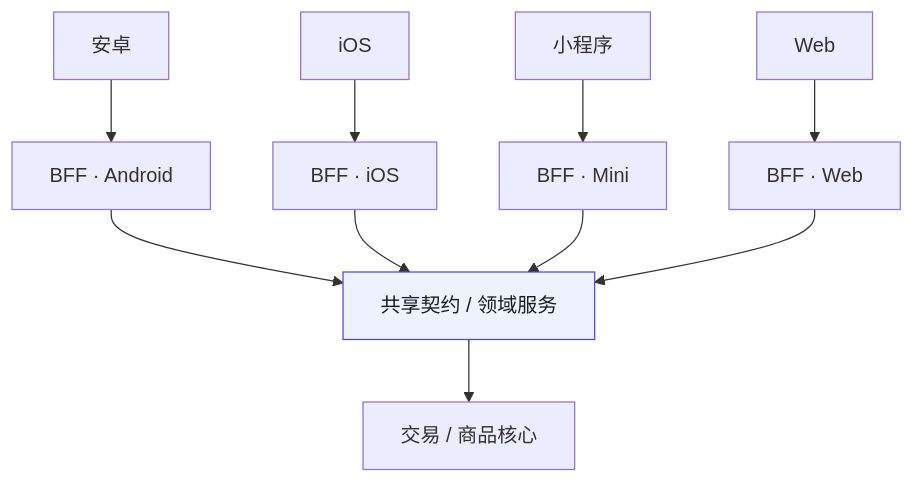
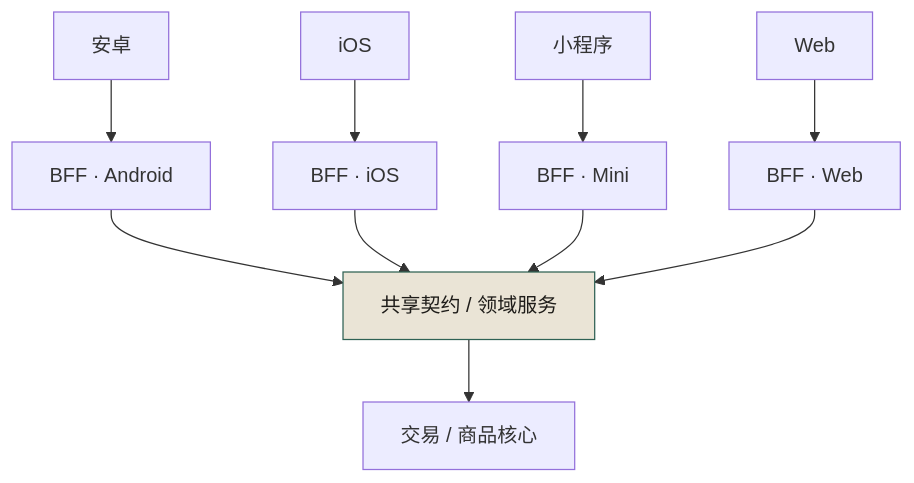
One commit to funny8kids/AI_Native_Software_Engineering changed the first of 2 diagrams in docs/manuscript/ch22-第17章-多端BFF.md. Above: the diagram before and after it, drawn with Mermaid. The commit also changed other lines of this file and 81 other files, not shown here.

````diff
--- a/docs/manuscript/ch22-第17章-多端BFF.md
+++ b/docs/manuscript/ch22-第17章-多端BFF.md
@@ -7,13 +7,13 @@
 ```mermaid
 flowchart TB
   AND[安卓] --> BFF1[BFF · Android]
   IOS[iOS] --> BFF2[BFF · iOS]
   MP[小程序] --> BFF3[BFF · Mini]
   WEB[Web] --> BFF4[BFF · Web]
   BFF1 --> SHARED[共享契约 / 领域服务]
   BFF2 --> SHARED
   BFF3 --> SHARED
   BFF4 --> SHARED
   SHARED --> CORE[交易 / 商品核心]
-  style SHARED fill:#eef2ff,stroke:#4f46e5,color:#1a1d23
+  style SHARED fill:#eae4d6,stroke:#2f6154,color:#1e1c19
 ```
````
